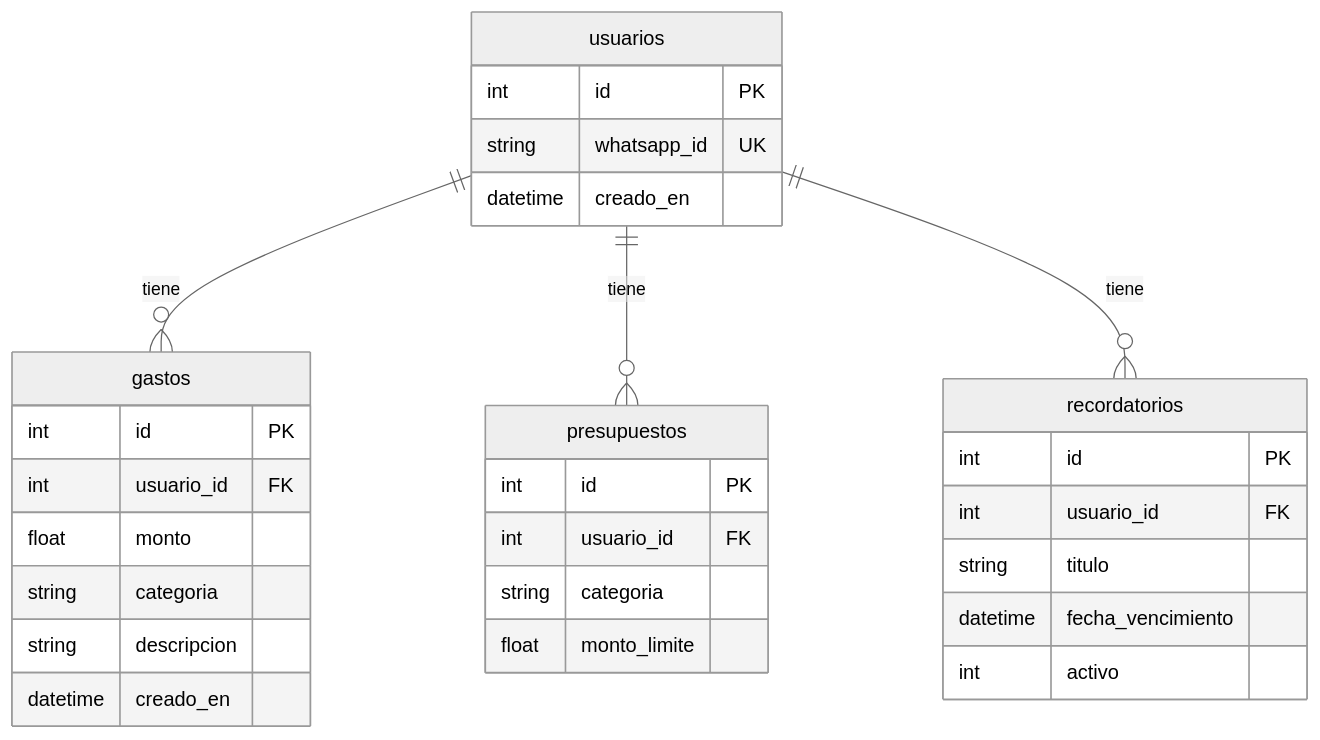
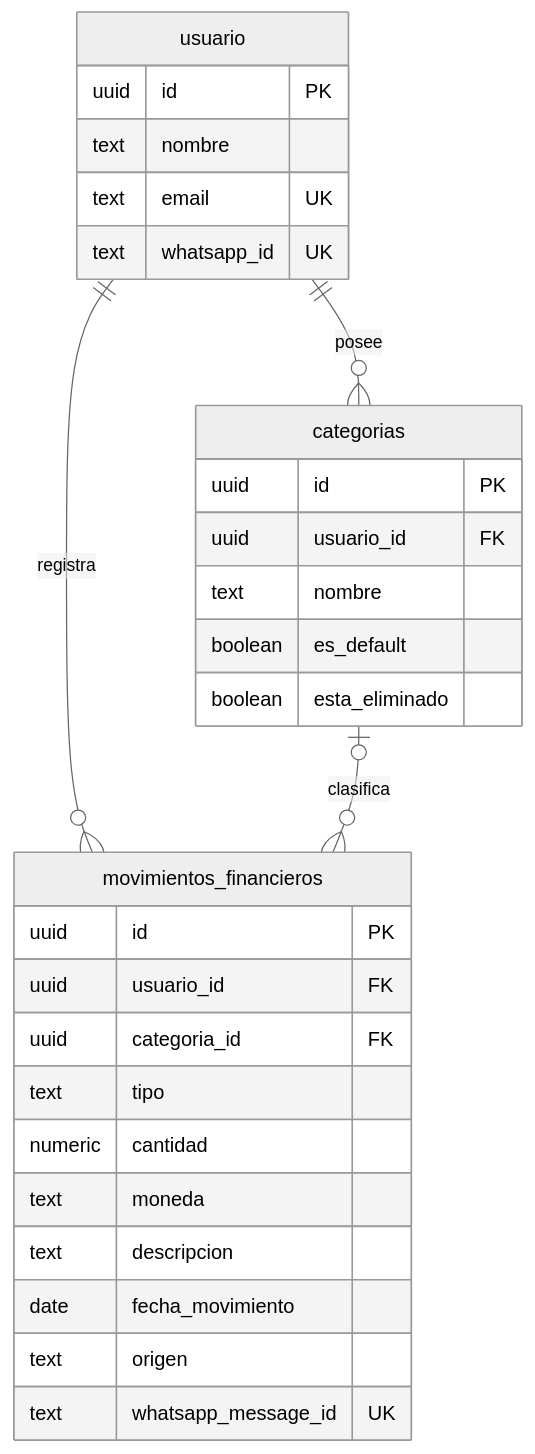
The diagram in docs/database.md (blob1618/luka), drawn with Mermaid (neutral theme) before and after one commit. The commit also changed other lines of this file and 4 other files, not shown here.

````diff
--- a/docs/database.md
+++ b/docs/database.md
@@ -164,36 +63,34 @@
 ```mermaid
 erDiagram
-    usuarios {
-        int id PK
-        string whatsapp_id UK
-        datetime creado_en
+    usuario {
+        uuid id PK
+        text nombre
+        text email UK
+        text whatsapp_id UK
     }
 
-    gastos {
-        int id PK
-        int usuario_id FK
-        float monto
-        string categoria
-        string descripcion
-        datetime creado_en
+    categorias {
+        uuid id PK
+        uuid usuario_id FK
+        text nombre
+        boolean es_default
+        boolean esta_eliminado
     }
 
-    presupuestos {
-        int id PK
-        int usuario_id FK
-        string categoria
-        float monto_limite
+    movimientos_financieros {
+        uuid id PK
+        uuid usuario_id FK
+        uuid categoria_id FK
+        text tipo
+        numeric cantidad
+        text moneda
+        text descripcion
+        date fecha_movimiento
+        text origen
+        text whatsapp_message_id UK
     }
 
-    recordatorios {
-        int id PK
-        int usuario_id FK
-        string titulo
-        datetime fecha_vencimiento
-        int activo
-    }
-
-    usuarios ||--o{ gastos : tiene
-    usuarios ||--o{ presupuestos : tiene
-    usuarios ||--o{ recordatorios : tiene
+    usuario ||--o{ categorias : posee
+    usuario ||--o{ movimientos_financieros : registra
+    categorias o|--o{ movimientos_financieros : clasifica
 ```
````
